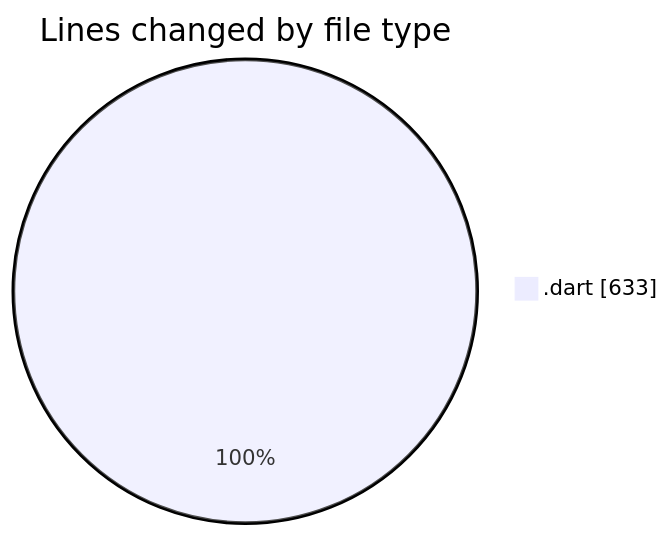
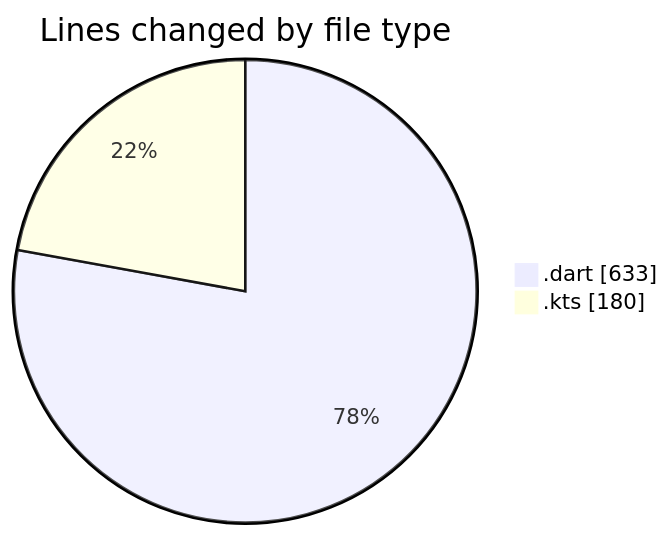
One commit to donsfak/code-tracking changed the first of 2 diagrams in 2025-02-24/drivers_app/README.md. Above: the diagram before and after it, drawn with Mermaid. The commit also changed other lines of this file and 1 other file, not shown here.

````diff
--- a/2025-02-24/drivers_app/README.md
+++ b/2025-02-24/drivers_app/README.md
@@ -21,5 +23,6 @@
 ```mermaid
 pie showData
 title Lines changed by file type
 ".dart" : 633
+".kts" : 180
 ```
````
